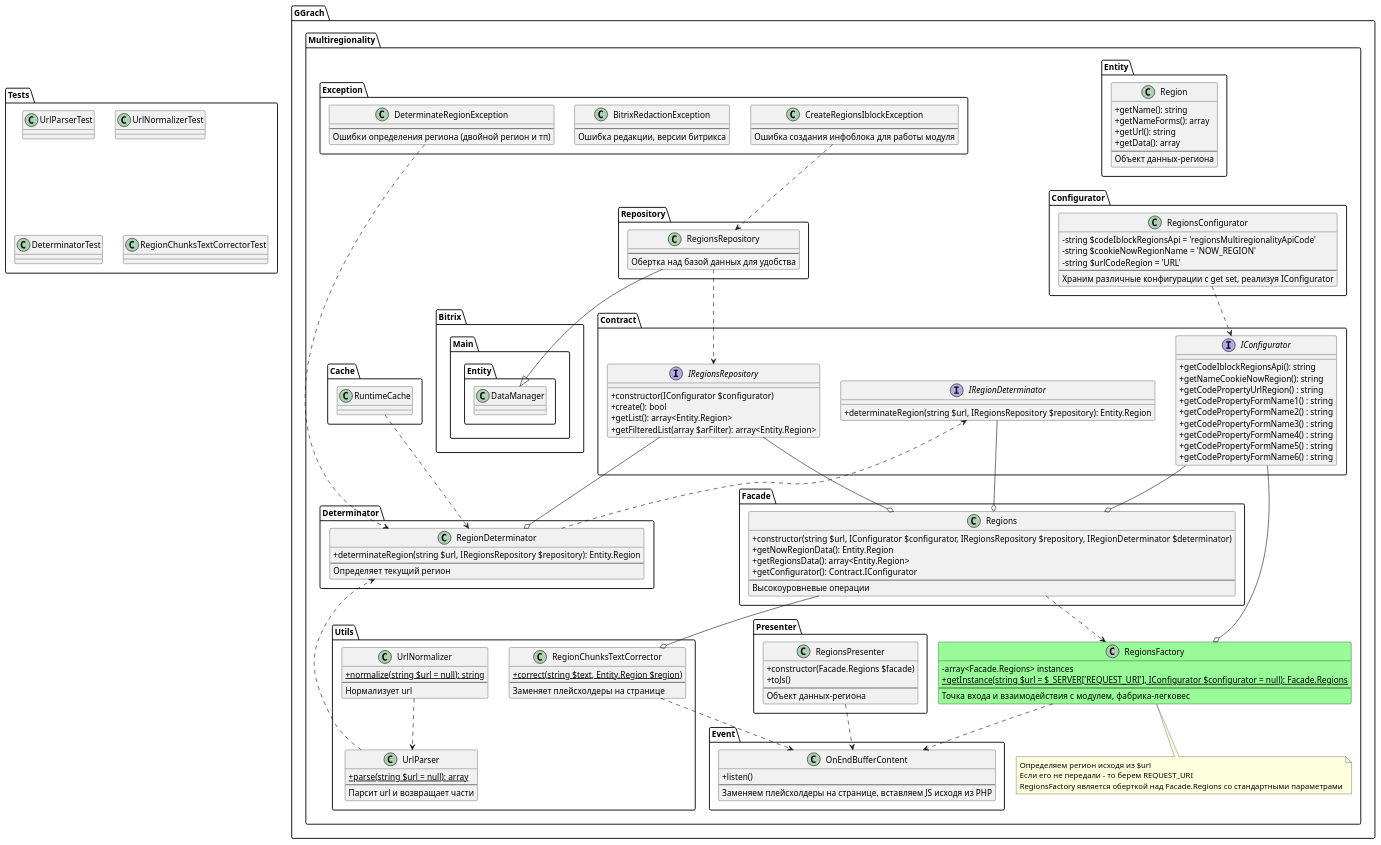
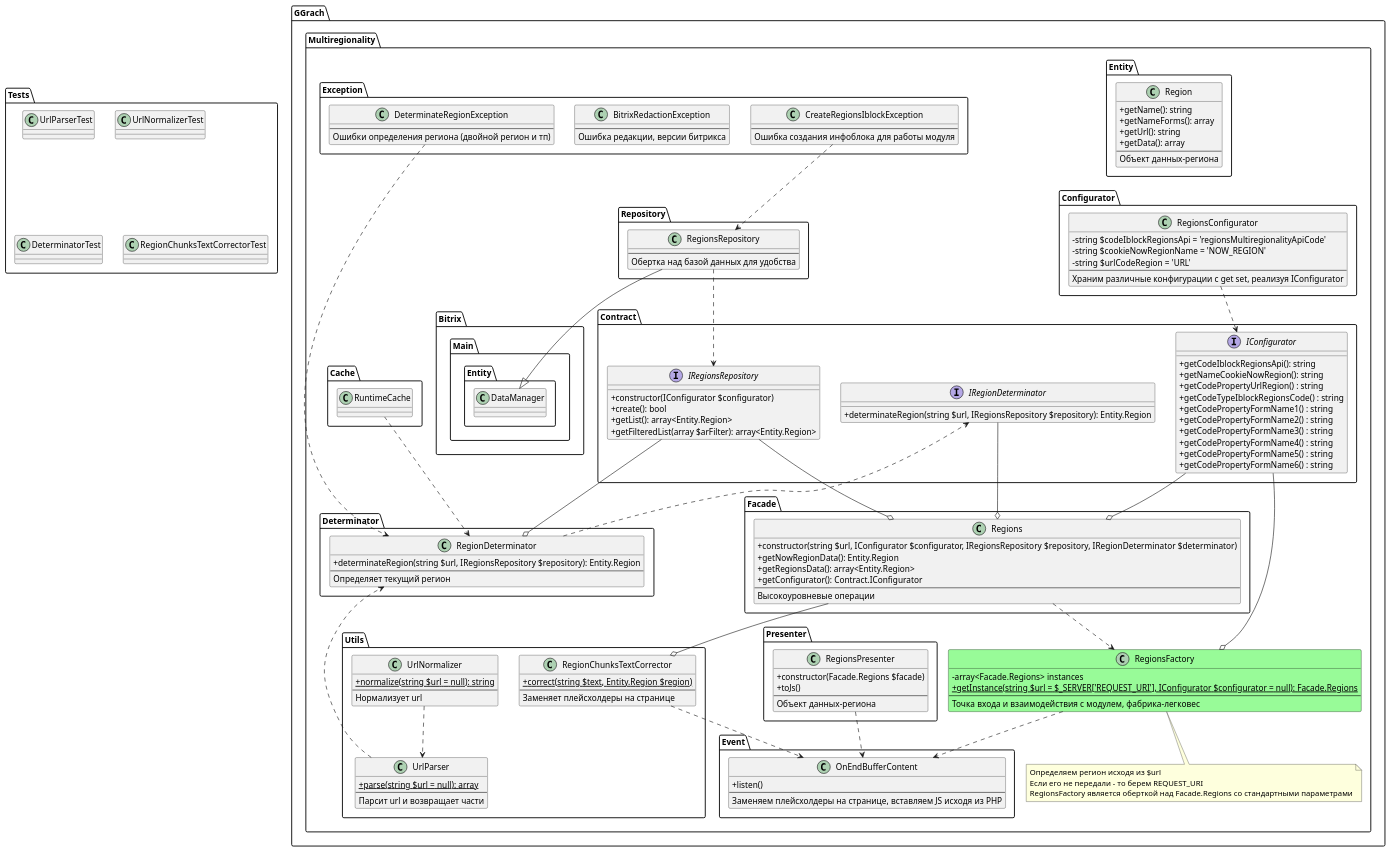
Before and after one commit to ggrachdev/bitrix_module_multiregionality: the diagram in ggrachdev.multiregionality/classes/general/Multiregionality/structure.puml, drawn with PlantUML. The commit also changed 3 other files, not shown here.

```diff
--- a/ggrachdev.multiregionality/classes/general/Multiregionality/structure.puml
+++ b/ggrachdev.multiregionality/classes/general/Multiregionality/structure.puml
@@ -1,195 +1,196 @@
 @startuml
 
 skinparam classAttributeIconSize 0
 
 package Tests {
     class UrlParserTest {
     }
 
     class UrlNormalizerTest {
     }
 
     class DeterminatorTest {
     }
 
     class RegionChunksTextCorrectorTest {
     }
 }
 
 package GGrach.Multiregionality {
 
     class RegionsFactory #palegreen ##black {
         - array<Facade.Regions> instances
         + {static} getInstance(string $url = $_SERVER['REQUEST_URI'], IConfigurator $configurator = null): Facade.Regions
         ---
         Точка входа и взаимодействия с модулем, фабрика-легковес
     }
 
     note bottom of RegionsFactory
         Определяем регион исходя из $url
         Если его не передали - то берем REQUEST_URI
         RegionsFactory является оберткой над Facade.Regions со стандартными параметрами
     end note
 
     namespace Entity {
         class Region {
             + getName(): string
             + getNameForms(): array
             + getUrl(): string
             + getData(): array
             ---
             Объект данных-региона
         }
     }
 
     namespace Presenter {
         class RegionsPresenter {
             + constructor(Facade.Regions $facade)
             + toJs()
             ---
             Объект данных-региона
         }
     }
 
     namespace Exception {
         class CreateRegionsIblockException {
             ---
             Ошибка создания инфоблока для работы модуля
         }
 
         class BitrixRedactionException {
             ---
             Ошибка редакции, версии битрикса
         }
 
         class DeterminateRegionException {
             ---
             Ошибки определения региона (двойной регион и тп)
         }
     }
 
     namespace Cache {
         class RuntimeCache {
         }
     }
 
     namespace Contract {
         interface IRegionDeterminator {
             + determinateRegion(string $url, IRegionsRepository $repository): Entity.Region
         }
         interface IRegionsRepository {
             +constructor(IConfigurator $configurator)
             +create(): bool
             +getList(): array<Entity.Region>
             +getFilteredList(array $arFilter): array<Entity.Region>
         }
         interface IConfigurator {
             + getCodeIblockRegionsApi(): string
             + getNameCookieNowRegion(): string
             + getCodePropertyUrlRegion() : string
+            + getCodeTypeIblockRegionsCode() : string
             + getCodePropertyFormName1() : string
             + getCodePropertyFormName2() : string
             + getCodePropertyFormName3() : string
             + getCodePropertyFormName4() : string
             + getCodePropertyFormName5() : string
             + getCodePropertyFormName6() : string
         }
     }
 
     namespace Configurator {
         class RegionsConfigurator {
             - string $codeIblockRegionsApi = 'regionsMultiregionalityApiCode'
             - string $cookieNowRegionName = 'NOW_REGION'
             - string $urlCodeRegion = 'URL'
             ---
             Храним различные конфигурации с get set, реализуя IConfigurator
         }
     }
 
     namespace Event {
         class OnEndBufferContent {
             +listen()
             ---
             Заменяем плейсхолдеры на странице, вставляем JS исходя из PHP
         }
     }
 
     namespace Repository {
         class RegionsRepository {
             ---
             Обертка над базой данных для удобства
         }
     }
 
     namespace Utils {
         class UrlParser {
             + {static} parse(string $url = null): array
             ---
             Парсит url и возвращает части
         }
 
         class UrlNormalizer {
             + {static} normalize(string $url = null): string
             ---
             Нормализует url
         }
 
         class RegionChunksTextCorrector {
             + {static} correct(string $text, Entity.Region $region)
             ---
             Заменяет плейсхолдеры на странице
         }
     }
 
     namespace Determinator {
         class RegionDeterminator {
             + determinateRegion(string $url, IRegionsRepository $repository): Entity.Region
             ---
             Определяет текущий регион
         }
     }
 
     namespace Facade {
         class Regions {
             + constructor(string $url, IConfigurator $configurator, IRegionsRepository $repository, IRegionDeterminator $determinator)
             + getNowRegionData(): Entity.Region
             + getRegionsData(): array<Entity.Region>
             + getConfigurator(): Contract.IConfigurator
             ---
             Высокоуровневые операции
         }
     }
 
     Exception.DeterminateRegionException ..>  Determinator.RegionDeterminator
     Exception.CreateRegionsIblockException ..>  Repository.RegionsRepository
 
     Utils.UrlNormalizer ..>  Utils.UrlParser
     Utils.UrlParser ..>  Determinator.RegionDeterminator
     Utils.RegionChunksTextCorrector ..>  Event.OnEndBufferContent
 
     Presenter.RegionsPresenter ..>  Event.OnEndBufferContent
 
     Configurator.RegionsConfigurator ..>  Contract.IConfigurator
 
     Determinator.RegionDeterminator ..>  Contract.IRegionDeterminator
     
     Cache.RuntimeCache ..>  Determinator.RegionDeterminator
 
     Facade.Regions --o Utils.RegionChunksTextCorrector
     Facade.Regions ..> RegionsFactory
 
     Contract.IConfigurator --o Facade.Regions
     Contract.IConfigurator --o  RegionsFactory
 
     Contract.IRegionsRepository --o Determinator.RegionDeterminator 
     Contract.IRegionsRepository --o  Facade.Regions
 
     Contract.IRegionDeterminator --o  Facade.Regions
 
     Repository.RegionsRepository --|> Bitrix.Main.Entity.DataManager
     Repository.RegionsRepository ..>  Contract.IRegionsRepository
 
     RegionsFactory ..>  Event.OnEndBufferContent
 }
 
 @enduml
```
